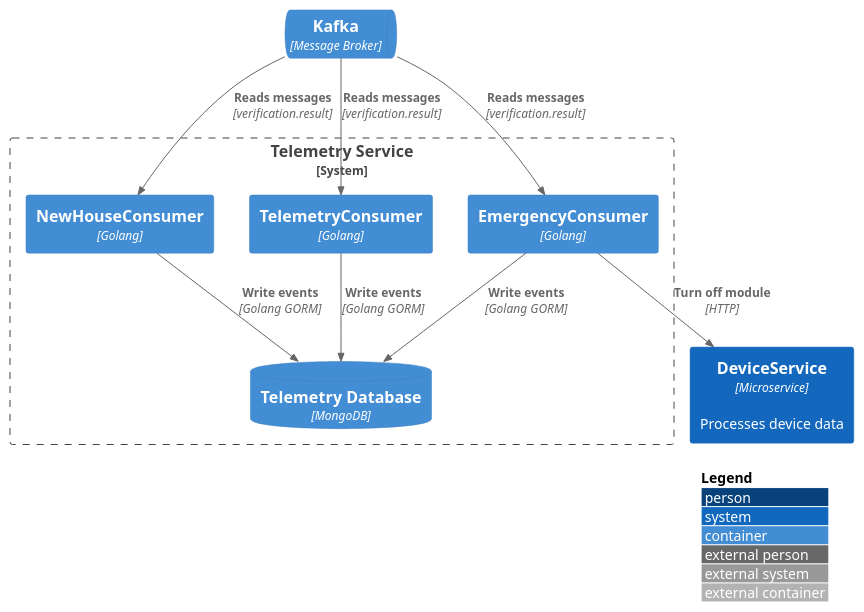
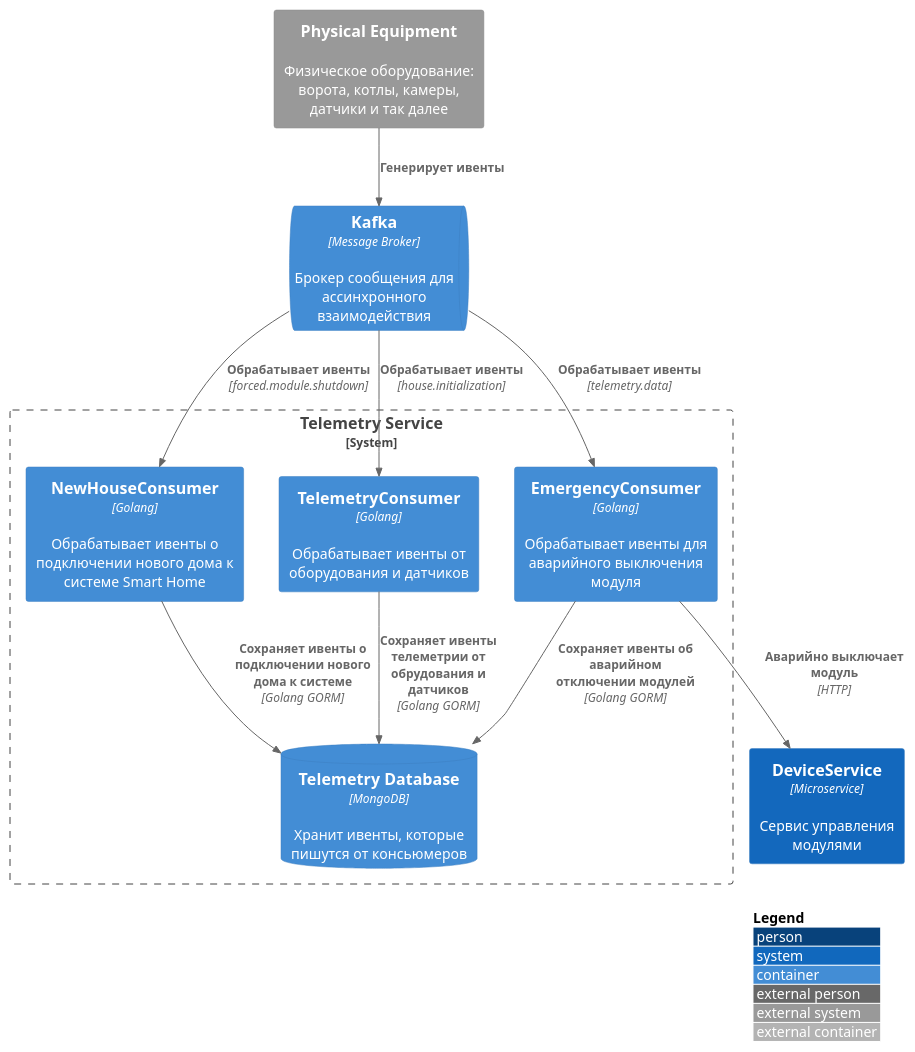
One commit to baydinvladislav/architecture-sprint-3 changed the diagram in telemetry-service/Component_CleverVillageSystem_TelemetryService.puml. Above: the diagram before and after it, drawn with PlantUML.

Commit message:
add description to c4 component diagram

```diff
--- a/telemetry-service/Component_CleverVillageSystem_TelemetryService.puml
+++ b/telemetry-service/Component_CleverVillageSystem_TelemetryService.puml
@@ -1,26 +1,28 @@
 @startuml
 !include <C4/C4_Container>
 
 LAYOUT_WITH_LEGEND()
 
 System_Boundary(telemetry_service_boundary, "Telemetry Service") {
-    Container(emergency_consumer, "EmergencyConsumer", "Golang", "")
-    Container(new_house_consumer, "NewHouseConsumer", "Golang", "")
-    Container(telemetry_consumer, "TelemetryConsumer", "Golang", "")
+    Container(emergency_consumer, "EmergencyConsumer", "Golang", "Обрабатывает ивенты для аварийного выключения модуля")
+    Container(new_house_consumer, "NewHouseConsumer", "Golang", "Обрабатывает ивенты о подключении нового дома к системе Smart Home")
+    Container(telemetry_consumer, "TelemetryConsumer", "Golang", "Обрабатывает ивенты от оборудования и датчиков")
 
-    ContainerDb(mongo_db, "Telemetry Database", "MongoDB", "")
+    ContainerDb(mongo_db, "Telemetry Database", "MongoDB", "Хранит ивенты, которые пишутся от консьюмеров")
 }
 
-ContainerQueue(kafka_broker, "Kafka", "Message Broker", "")
-Container(device_service, "DeviceService", "Microservice", "Processes device data") #1368bd
+ContainerQueue(kafka_broker, "Kafka", "Message Broker", "Брокер сообщения для ассинхронного взаимодействия")
+Container(device_service, "DeviceService", "Microservice", "Сервис управления модулями") #1368bd
+System_Ext(external_equipment, "Physical Equipment", "Физическое оборудование: ворота, котлы, камеры, датчики и так далее")
 
-Rel(emergency_consumer, mongo_db, "Write events", "Golang GORM")
-Rel(emergency_consumer, device_service, "Turn off module", "HTTP")
-Rel(new_house_consumer, mongo_db, "Write events", "Golang GORM")
-Rel(telemetry_consumer, mongo_db, "Write events", "Golang GORM")
+Rel(emergency_consumer, mongo_db, "Сохраняет ивенты об аварийном отключении модулей", "Golang GORM")
+Rel(emergency_consumer, device_service, "Аварийно выключает модуль", "HTTP")
+Rel(new_house_consumer, mongo_db, "Сохраняет ивенты о подключении нового дома к системе", "Golang GORM")
+Rel(telemetry_consumer, mongo_db, "Сохраняет ивенты телеметрии от обрудования и датчиков", "Golang GORM")
 
-Rel(kafka_broker, emergency_consumer, "Reads messages", "verification.result")
-Rel(kafka_broker, new_house_consumer, "Reads messages", "verification.result")
-Rel(kafka_broker, telemetry_consumer, "Reads messages", "verification.result")
+Rel(kafka_broker, emergency_consumer, "Обрабатывает ивенты", "telemetry.data")
+Rel(kafka_broker, new_house_consumer, "Обрабатывает ивенты", "forced.module.shutdown")
+Rel(kafka_broker, telemetry_consumer, "Обрабатывает ивенты", "house.initialization")
+Rel(external_equipment, kafka_broker, "Генерирует ивенты")
 
 @enduml
```
